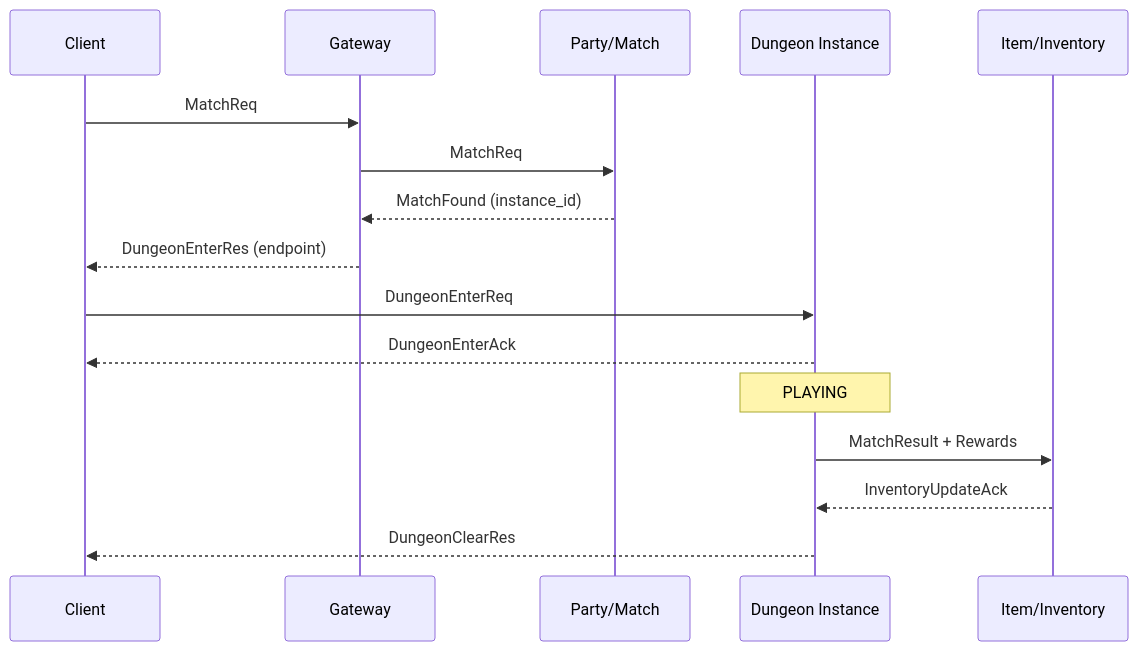
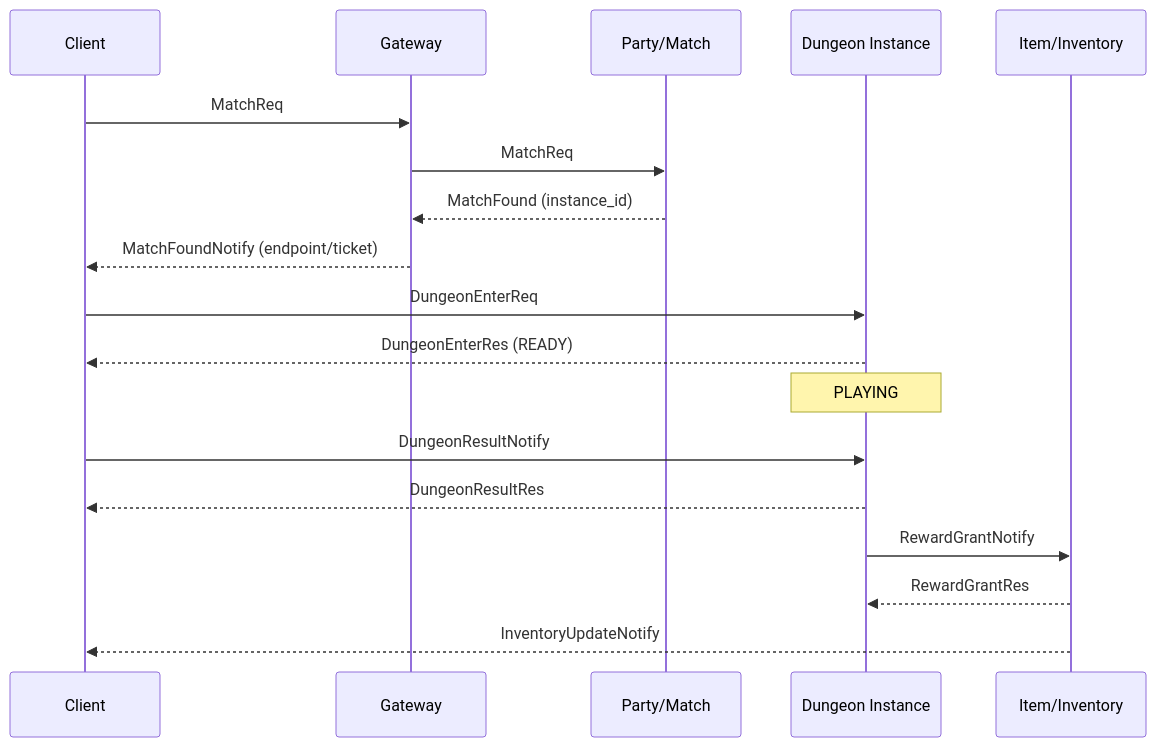
The third of 3 diagrams in docs/architecture.md (seungwoo7050/gameserver-hide), drawn with Mermaid before and after one commit. The commit also changed other lines of this file and 2 other files, not shown here.

Commit message:
Add demo procedure and update flow docs

````diff
--- a/docs/architecture.md
+++ b/docs/architecture.md
@@ -59,21 +59,23 @@
 ```mermaid
 sequenceDiagram
     participant C as Client
     participant G as Gateway
     participant P as Party/Match
     participant D as Dungeon Instance
     participant I as Item/Inventory
 
     C->>G: MatchReq
     G->>P: MatchReq
     P-->>G: MatchFound (instance_id)
-    G-->>C: DungeonEnterRes (endpoint)
+    G-->>C: MatchFoundNotify (endpoint/ticket)
     C->>D: DungeonEnterReq
-    D-->>C: DungeonEnterAck
+    D-->>C: DungeonEnterRes (READY)
 
     Note over D: PLAYING
 
-    D->>I: MatchResult + Rewards
-    I-->>D: InventoryUpdateAck
-    D-->>C: DungeonClearRes
+    C->>D: DungeonResultNotify
+    D-->>C: DungeonResultRes
+    D->>I: RewardGrantNotify
+    I-->>D: RewardGrantRes
+    I-->>C: InventoryUpdateNotify
 ```
````
